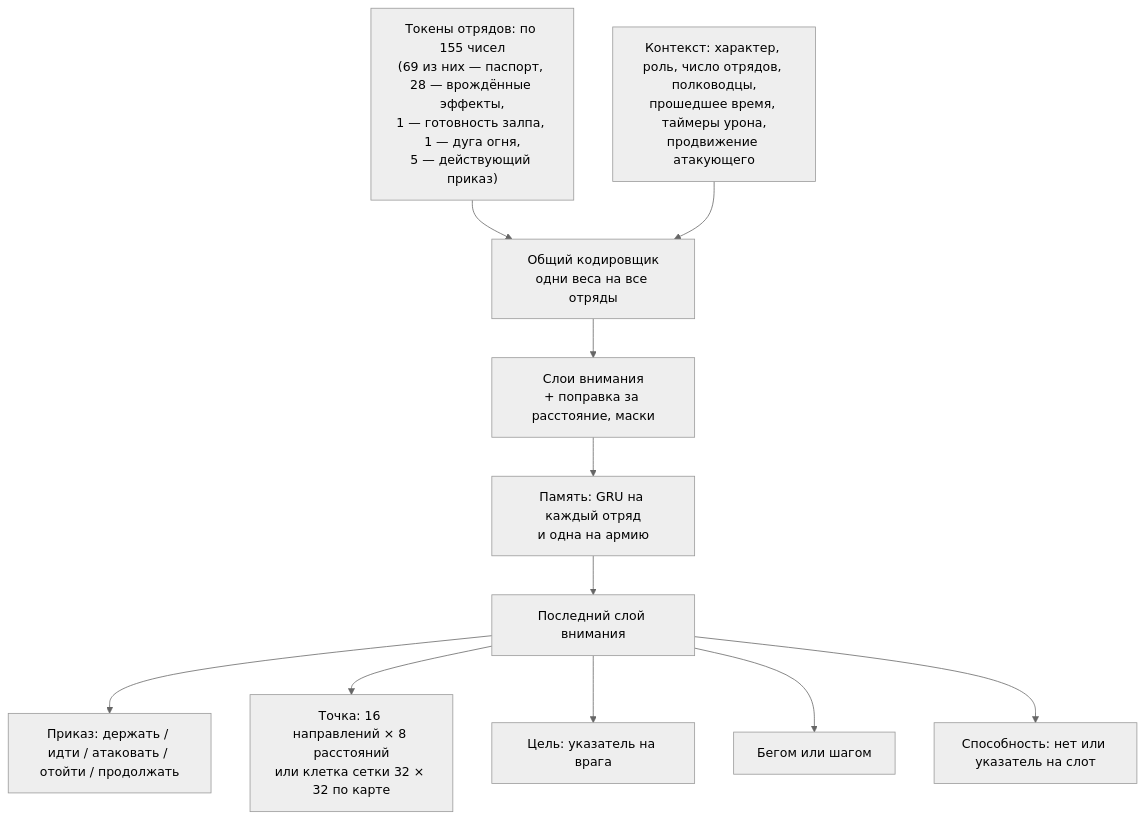
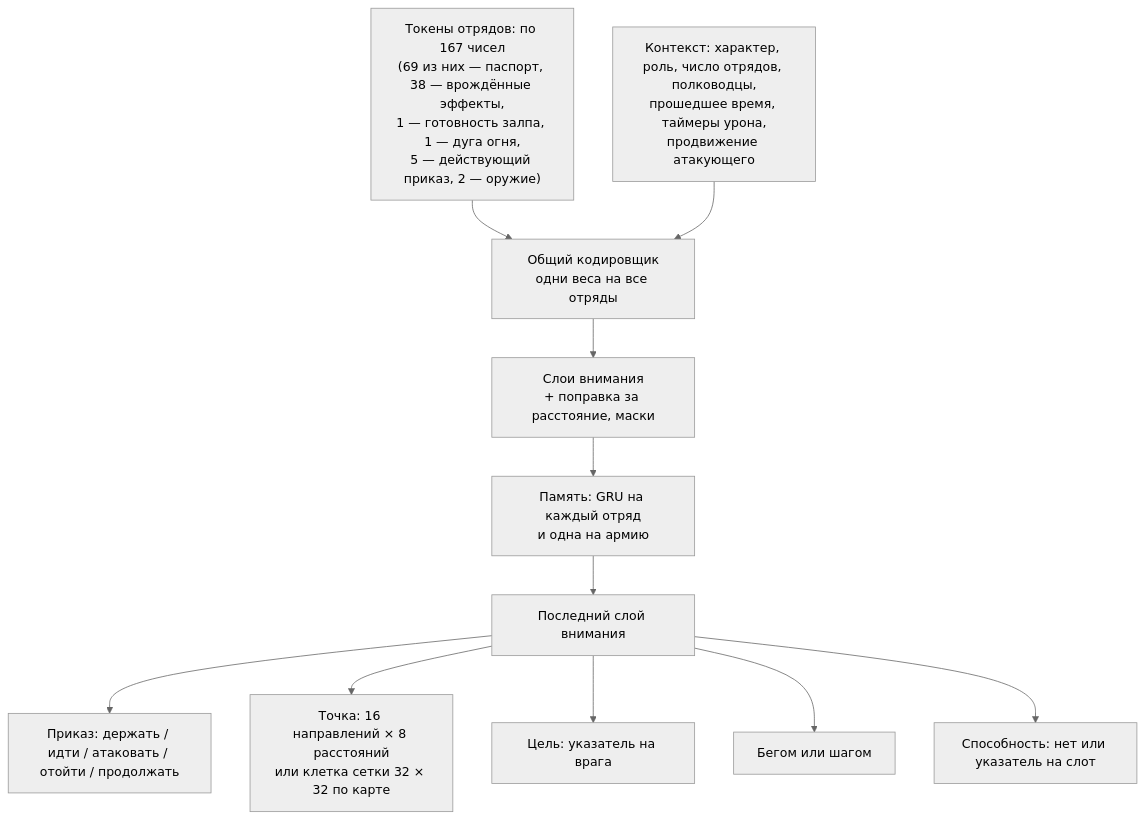
The second of 3 diagrams in docs/ru/training/model.md (DimaZero7/TWW3-batle-ai), drawn with Mermaid (neutral theme) before and after one commit. The commit also changed other lines of this file and 45 other files, not shown here.

````diff
--- a/docs/ru/training/model.md
+++ b/docs/ru/training/model.md
@@ -258,13 +276,13 @@
 ```mermaid
 flowchart TB
-  tok["Токены отрядов: по 155 чисел<br/>(69 из них — паспорт, 28 — врождённые эффекты,<br/>1 — готовность залпа, 1 — дуга огня,<br/>5 — действующий приказ)"] --> enc["Общий кодировщик<br/>одни веса на все отряды"]
+  tok["Токены отрядов: по 167 чисел<br/>(69 из них — паспорт, 38 — врождённые эффекты,<br/>1 — готовность залпа, 1 — дуга огня,<br/>5 — действующий приказ, 2 — оружие)"] --> enc["Общий кодировщик<br/>одни веса на все отряды"]
   ctx["Контекст: характер, роль, число отрядов, полководцы,<br/>прошедшее время, таймеры урона,<br/>продвижение атакующего"] --> enc
   enc --> att["Слои внимания<br/>+ поправка за расстояние, маски"]
   att --> gru["Память: GRU на каждый отряд<br/>и одна на армию"]
   gru --> last["Последний слой внимания"]
   last --> kind["Приказ: держать / идти / атаковать / отойти / продолжать"]
   last --> point["Точка: 16 направлений × 8 расстояний<br/>или клетка сетки 32 × 32 по карте"]
   last --> ptr["Цель: указатель на врага"]
   last --> run["Бегом или шагом"]
   last --> abil["Способность: нет или указатель на слот"]
 ```
````
